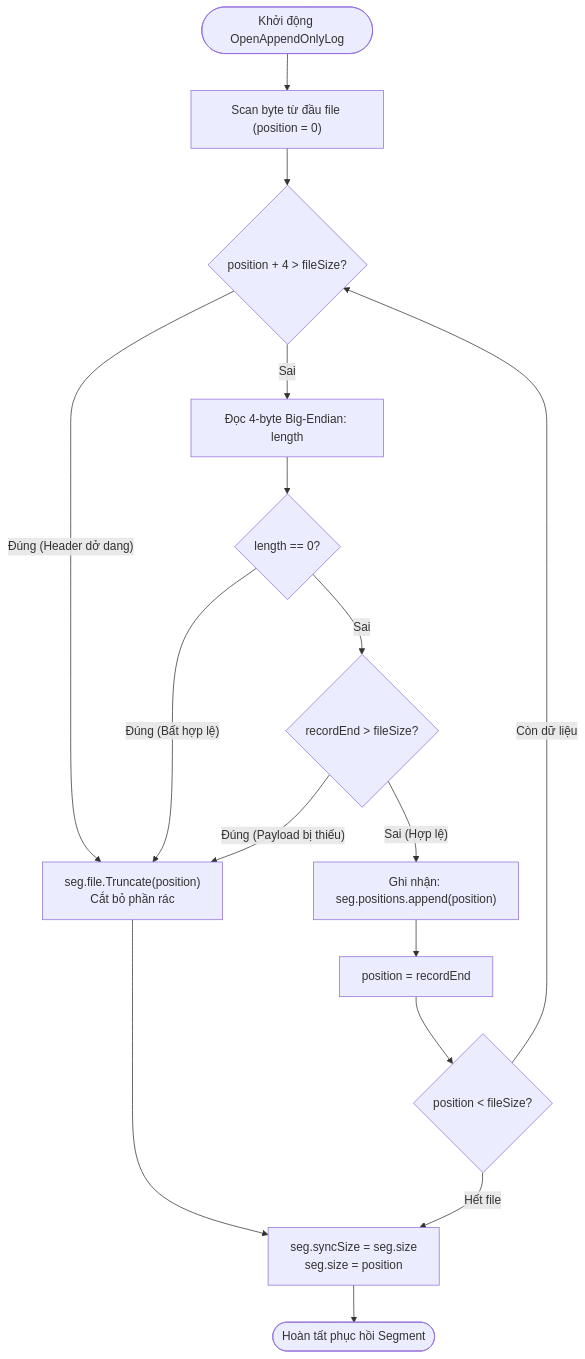
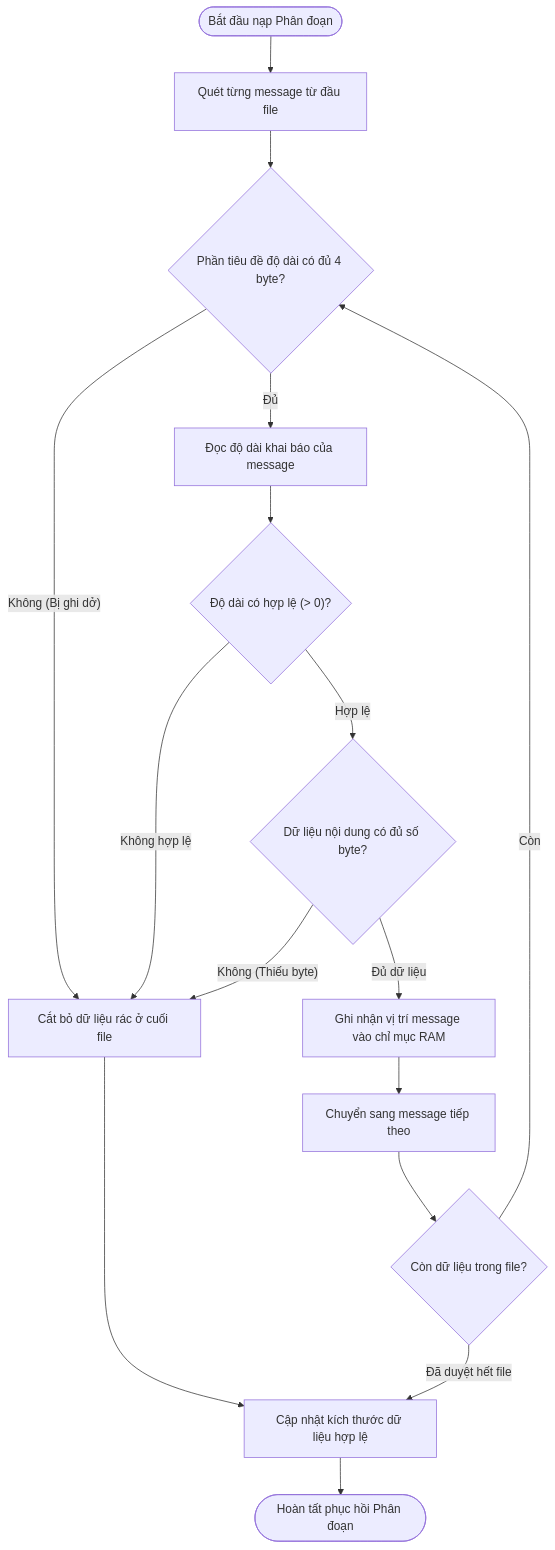
The third of 6 diagrams in README.md (dykh061/Distributed_message_queue), drawn with Mermaid before and after one commit. The commit also changed other lines of this file, not shown here.

````diff
--- a/README.md
+++ b/README.md
@@ -147,18 +165,18 @@
 ```mermaid
 flowchart TD
-    Start(["Khởi động OpenAppendOnlyLog"]) --> Scan["Scan byte từ đầu file (position = 0)"]
-    Scan --> CheckHead{"position + 4 > fileSize?"}
-    CheckHead -- "Đúng (Header dở dang)" --> Trunc["seg.file.Truncate(position)<br/>Cắt bỏ phần rác"]
-    CheckHead -- "Sai" --> ReadHead["Đọc 4-byte Big-Endian: length"]
-    ReadHead --> CheckZero{"length == 0?"}
-    CheckZero -- "Đúng (Bất hợp lệ)" --> Trunc
-    CheckZero -- "Sai" --> CheckEnd{"recordEnd > fileSize?"}
-    CheckEnd -- "Đúng (Payload bị thiếu)" --> Trunc
-    CheckEnd -- "Sai (Hợp lệ)" --> AddPos["Ghi nhận: seg.positions.append(position)"]
-    AddPos --> NextRec["position = recordEnd"]
-    NextRec --> CheckMore{"position < fileSize?"}
-    CheckMore -- "Còn dữ liệu" --> CheckHead
-    CheckMore -- "Hết file" --> SyncSize["seg.syncSize = seg.size<br/>seg.size = position"]
+    Start(["Bắt đầu nạp Phân đoạn"]) --> Scan["Quét từng message từ đầu file"]
+    Scan --> CheckHead{"Phần tiêu đề độ dài có đủ 4 byte?"}
+    CheckHead -- "Không (Bị ghi dở)" --> Trunc["Cắt bỏ dữ liệu rác ở cuối file"]
+    CheckHead -- "Đủ" --> ReadHead["Đọc độ dài khai báo của message"]
+    ReadHead --> CheckZero{"Độ dài có hợp lệ (> 0)?"}
+    CheckZero -- "Không hợp lệ" --> Trunc
+    CheckZero -- "Hợp lệ" --> CheckEnd{"Dữ liệu nội dung có đủ số byte?"}
+    CheckEnd -- "Không (Thiếu byte)" --> Trunc
+    CheckEnd -- "Đủ dữ liệu" --> AddPos["Ghi nhận vị trí message vào chỉ mục RAM"]
+    AddPos --> NextRec["Chuyển sang message tiếp theo"]
+    NextRec --> CheckMore{"Còn dữ liệu trong file?"}
+    CheckMore -- "Còn" --> CheckHead
+    CheckMore -- "Đã duyệt hết file" --> SyncSize["Cập nhật kích thước dữ liệu hợp lệ"]
     Trunc --> SyncSize
-    SyncSize --> Done(["Hoàn tất phục hồi Segment"])
+    SyncSize --> Done(["Hoàn tất phục hồi Phân đoạn"])
 ```
````
